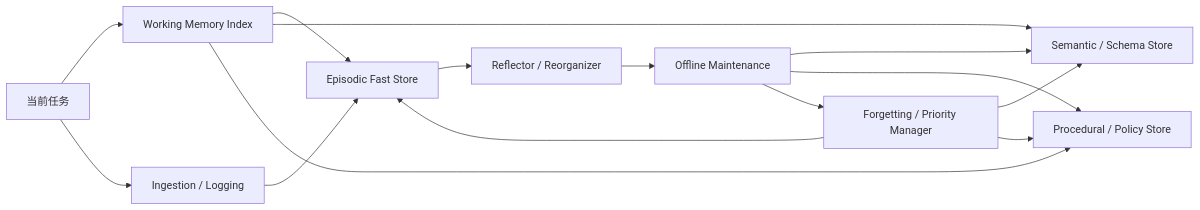
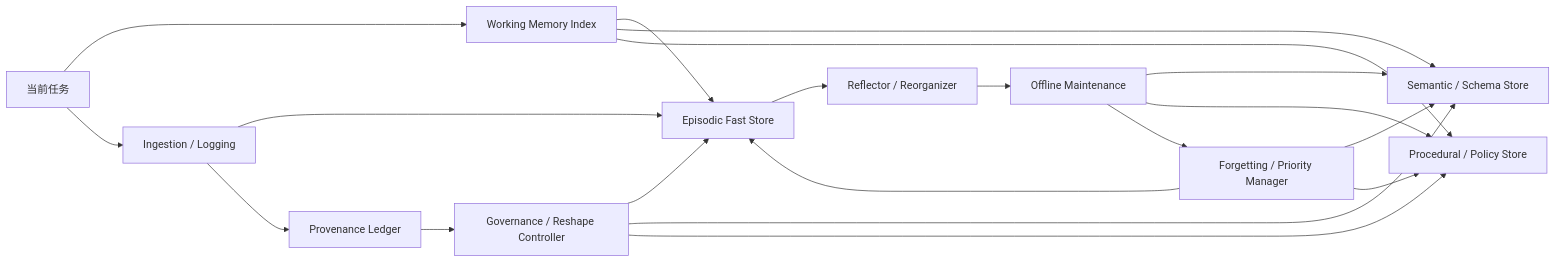
Before and after one commit to macaulishchina/MIND: the diagram in docs/design/design_breakdown.md, drawn with Mermaid. The commit also changed other lines of this file and 17 other files, not shown here.

Commit message:
Add post-G roadmap and provenance hardening

````diff
--- a/docs/design/design_breakdown.md
+++ b/docs/design/design_breakdown.md
@@ -511,17 +638,22 @@
 ```mermaid
 flowchart LR
     T[当前任务] --> W[Working Memory Index]
     W --> E[Episodic Fast Store]
     W --> S[Semantic / Schema Store]
     W --> P[Procedural / Policy Store]
     T --> L[Ingestion / Logging]
     L --> E
     E --> R[Reflector / Reorganizer]
     R --> O[Offline Maintenance]
+    L --> PL[Provenance Ledger]
+    PL --> X[Governance / Reshape Controller]
+    X --> E
+    X --> S
+    X --> P
     O --> S
     O --> P
-    O --> G[Forgetting / Priority Manager]
-    G --> E
-    G --> S
-    G --> P
+    O --> F[Forgetting / Priority Manager]
+    F --> E
+    F --> S
+    F --> P
 ```
````
